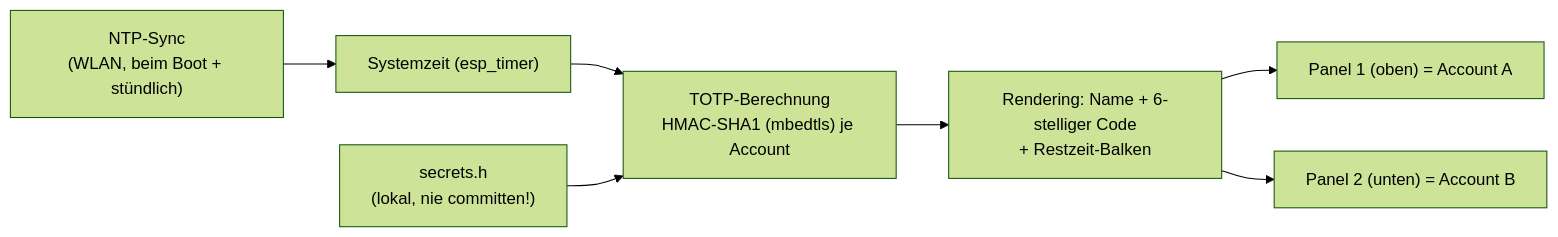
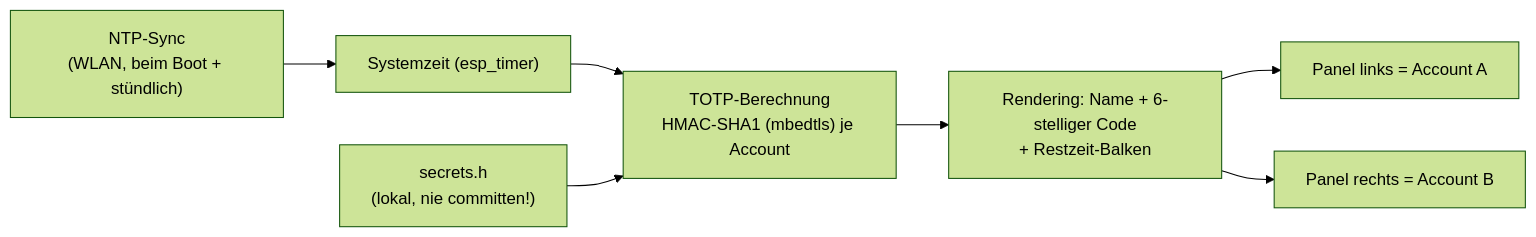
Before and after one commit to icepaule/IceMatrix: the diagram in docs/matrix5-totp.md, drawn with Mermaid (forest theme). The commit also changed other lines of this file and 2 other files, not shown here.

````diff
--- a/docs/matrix5-totp.md
+++ b/docs/matrix5-totp.md
@@ -54,9 +67,9 @@
 ```mermaid
 flowchart LR
     NTP["NTP-Sync<br/>(WLAN, beim Boot + stündlich)"] --> Time["Systemzeit (esp_timer)"]
     Time --> TOTP["TOTP-Berechnung<br/>HMAC-SHA1 (mbedtls) je Account"]
     Secrets["secrets.h<br/>(lokal, nie committen!)"] --> TOTP
     TOTP --> Render["Rendering: Name + 6-stelliger Code<br/>+ Restzeit-Balken"]
-    Render --> P1v["Panel 1 (oben) = Account A"]
-    Render --> P2v["Panel 2 (unten) = Account B"]
+    Render --> P1v["Panel links = Account A"]
+    Render --> P2v["Panel rechts = Account B"]
 ```
````
